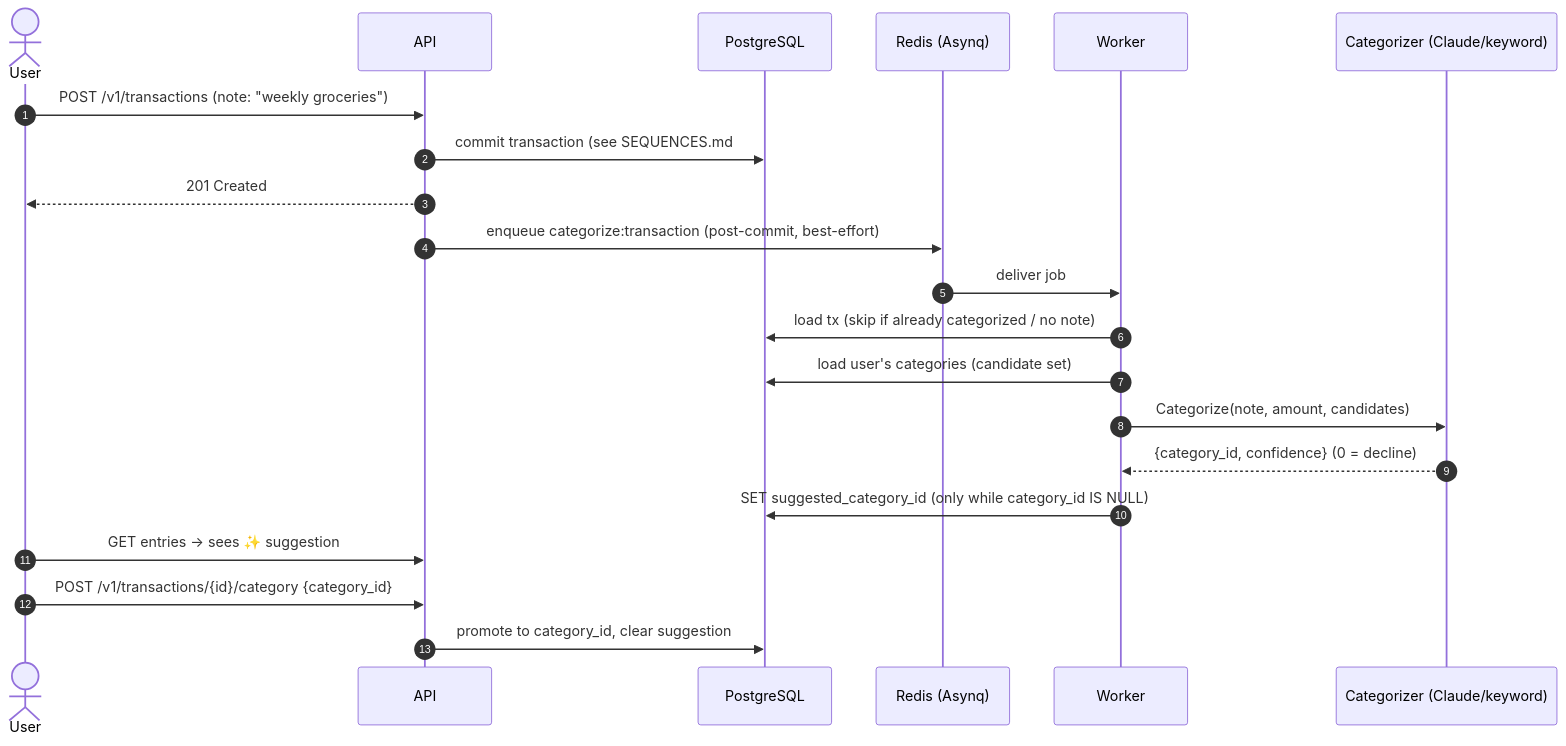
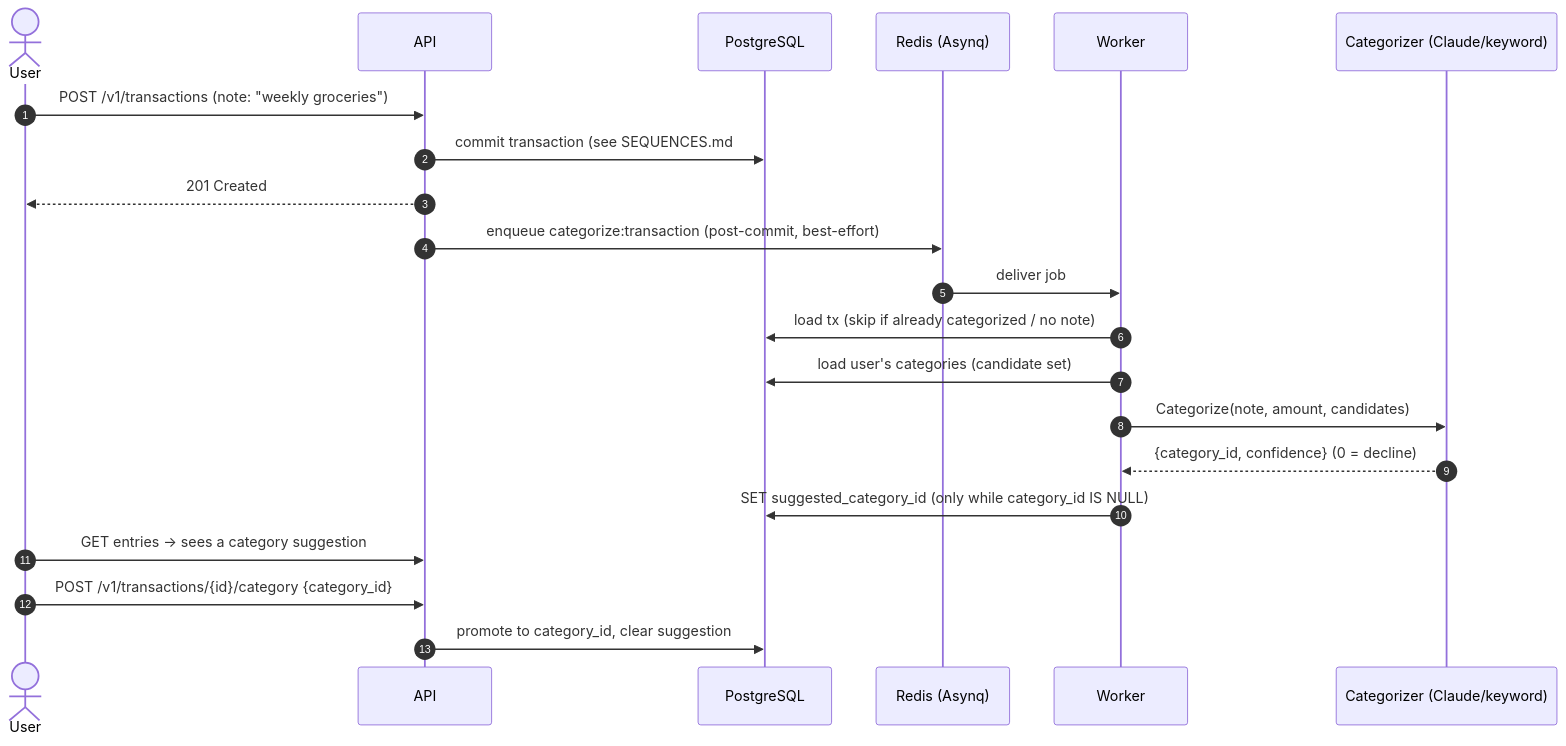
One commit to EftikharAzim/LedgerX changed the second of 2 diagrams in docs/AI_CATEGORIZATION.md. Above: the diagram before and after it, drawn with Mermaid. The commit also changed other lines of this file and 37 other files, not shown here.

````diff
--- a/docs/AI_CATEGORIZATION.md
+++ b/docs/AI_CATEGORIZATION.md
@@ -49,26 +48,26 @@
 ```mermaid
 sequenceDiagram
     autonumber
     actor U as User
     participant API as API
     participant PG as PostgreSQL
     participant Q as Redis (Asynq)
     participant W as Worker
     participant C as Categorizer (Claude/keyword)
 
     U->>API: POST /v1/transactions (note: "weekly groceries")
     API->>PG: commit transaction (see SEQUENCES.md #1)
     API-->>U: 201 Created
     API->>Q: enqueue categorize:transaction (post-commit, best-effort)
 
     Q->>W: deliver job
     W->>PG: load tx (skip if already categorized / no note)
     W->>PG: load user's categories (candidate set)
     W->>C: Categorize(note, amount, candidates)
     C-->>W: {category_id, confidence}  (0 = decline)
     W->>PG: SET suggested_category_id (only while category_id IS NULL)
 
-    U->>API: GET entries -> sees ✨ suggestion
+    U->>API: GET entries -> sees a category suggestion
     U->>API: POST /v1/transactions/{id}/category {category_id}
     API->>PG: promote to category_id, clear suggestion
 ```
````
